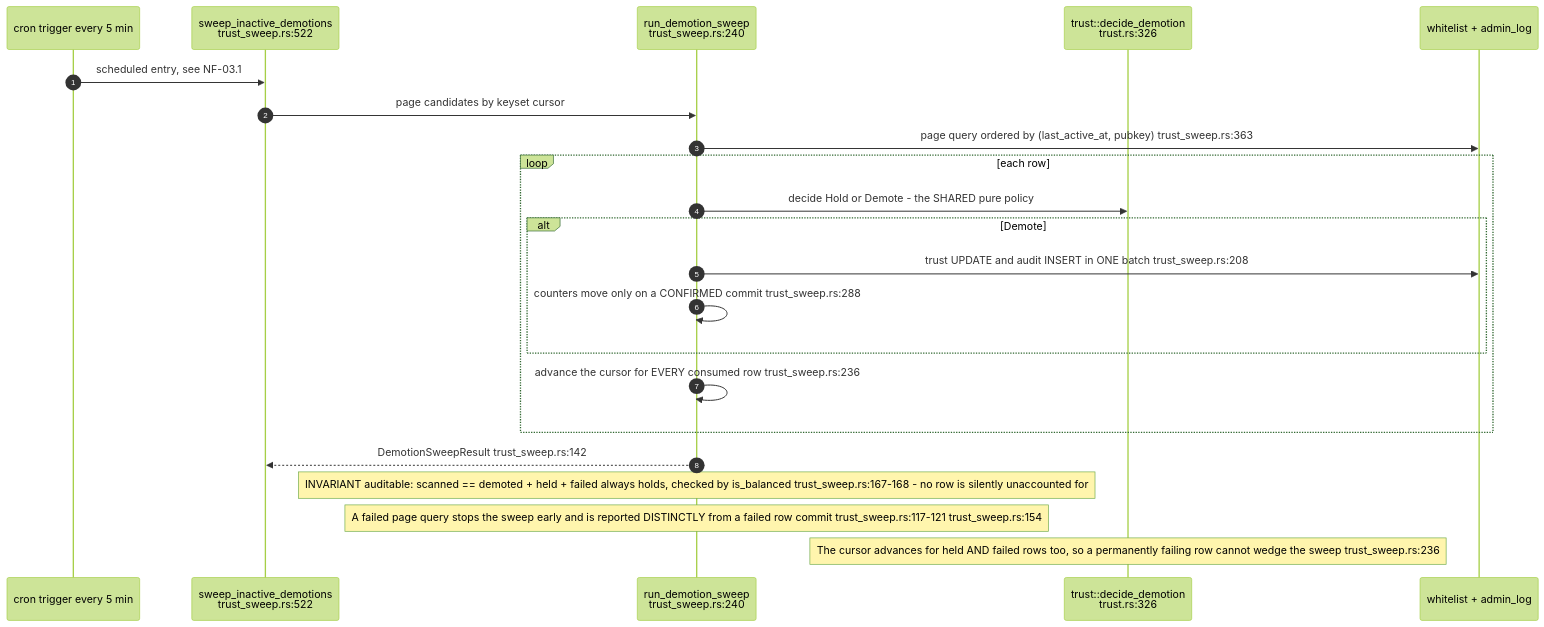
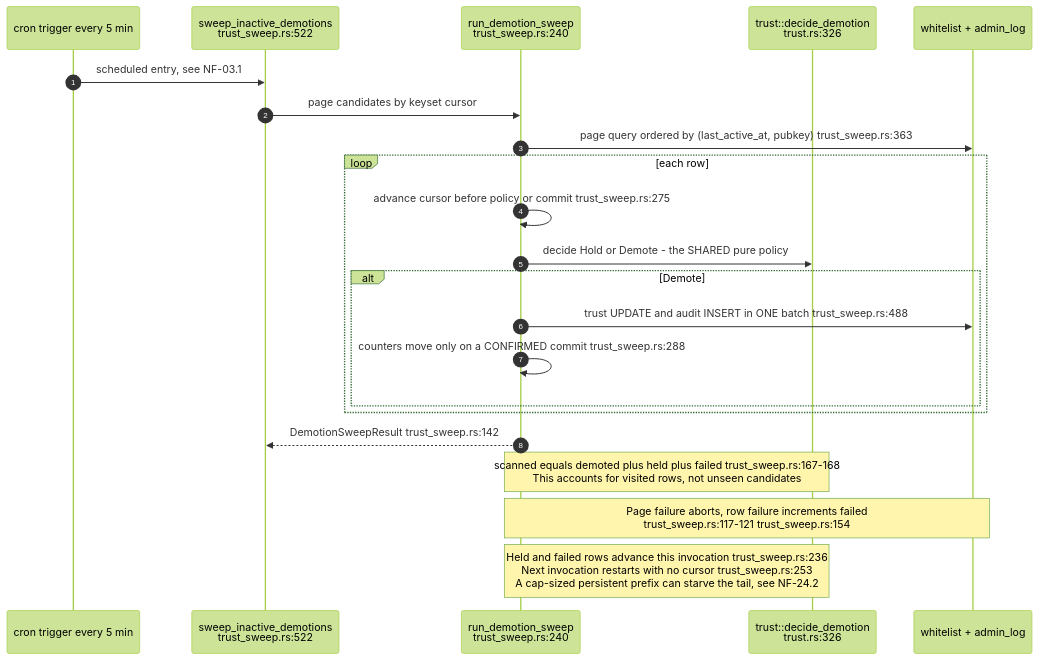
Before and after one commit to DreamLab-AI/VisionFlow: the tenth of 16 diagrams in docs/diagrams/nostr-rust-forum/11-relay-durable-object-internals.md, drawn with Mermaid (forest theme). The commit also changed other lines of this file and 50 other files, not shown here.

Commit message:
docs(audit): assess trust sweep fairness and promotion transactions

````diff
--- a/docs/diagrams/nostr-rust-forum/11-relay-durable-object-internals.md
+++ b/docs/diagrams/nostr-rust-forum/11-relay-durable-object-internals.md
@@ -333,26 +333,26 @@
 ```mermaid
 sequenceDiagram
     autonumber
     participant CR as cron trigger every 5 min
     participant SW as sweep_inactive_demotions<br/>trust_sweep.rs:522
     participant RUN as run_demotion_sweep<br/>trust_sweep.rs:240
     participant POL as trust::decide_demotion<br/>trust.rs:326
     participant D1 as whitelist + admin_log
 
     CR->>SW: scheduled entry, see NF-03.1
     SW->>RUN: page candidates by keyset cursor
     RUN->>D1: page query ordered by (last_active_at, pubkey) trust_sweep.rs:363
     loop each row
+        RUN->>RUN: advance cursor before policy or commit trust_sweep.rs:275
         RUN->>POL: decide Hold or Demote - the SHARED pure policy
         alt Demote
-            RUN->>D1: trust UPDATE and audit INSERT in ONE batch trust_sweep.rs:208
+            RUN->>D1: trust UPDATE and audit INSERT in ONE batch trust_sweep.rs:488
             RUN->>RUN: counters move only on a CONFIRMED commit trust_sweep.rs:288
         end
-        RUN->>RUN: advance the cursor for EVERY consumed row trust_sweep.rs:236
     end
     RUN-->>SW: DemotionSweepResult trust_sweep.rs:142
 
-    Note over RUN: INVARIANT auditable: scanned == demoted + held + failed always holds, checked by is_balanced trust_sweep.rs:167-168 - no row is silently unaccounted for
-    Note over RUN: A failed page query stops the sweep early and is reported DISTINCTLY from a failed row commit trust_sweep.rs:117-121 trust_sweep.rs:154
-    Note over POL: The cursor advances for held AND failed rows too, so a permanently failing row cannot wedge the sweep trust_sweep.rs:236
+    Note over RUN,POL: scanned equals demoted plus held plus failed trust_sweep.rs:167-168<br/>This accounts for visited rows, not unseen candidates
+    Note over RUN,D1: Page failure aborts, row failure increments failed<br/>trust_sweep.rs:117-121 trust_sweep.rs:154
+    Note over RUN,POL: Held and failed rows advance this invocation trust_sweep.rs:236<br/>Next invocation restarts with no cursor trust_sweep.rs:253<br/>A cap-sized persistent prefix can starve the tail, see NF-24.2
 ```
````
